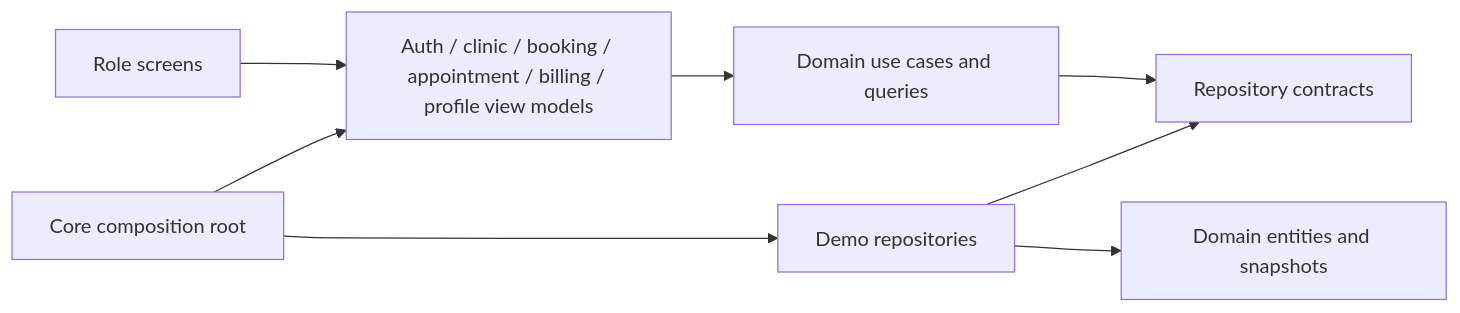
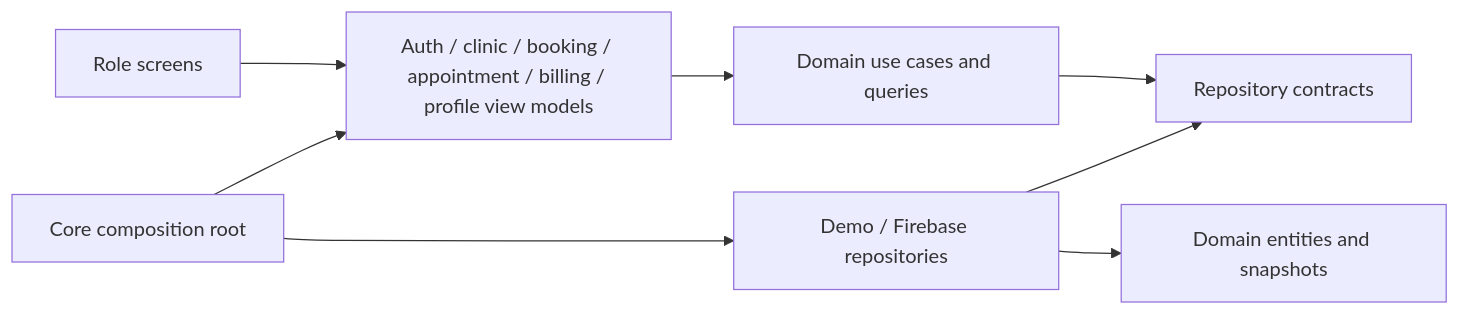
The diagram in docs/ARCHITECTURE.md (mmbayoumitaha/MediFlow-Pro-Smart-Clinic-Manager), drawn with Mermaid before and after one commit. The commit also changed other lines of this file and 33 other files, not shown here.

````diff
--- a/docs/ARCHITECTURE.md
+++ b/docs/ARCHITECTURE.md
@@ -5,10 +5,10 @@
 ```mermaid
 flowchart LR
   View[Role screens] --> VM[Auth / clinic / booking / appointment / billing / profile view models]
   VM --> UC[Domain use cases and queries]
   UC --> Contract[Repository contracts]
-  Adapter[Demo repositories] --> Contract
+  Adapter[Demo / Firebase repositories] --> Contract
   Adapter --> Entity[Domain entities and snapshots]
   Root[Core composition root] --> Adapter
   Root --> VM
 ```
````
